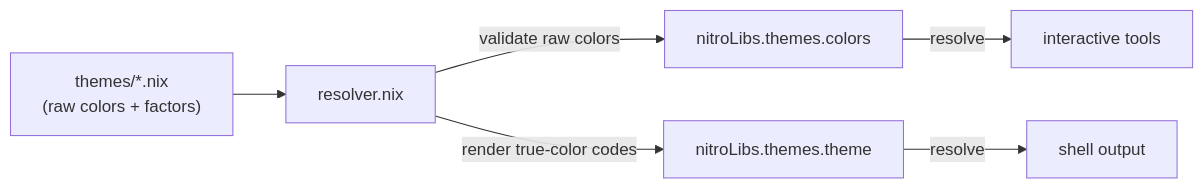
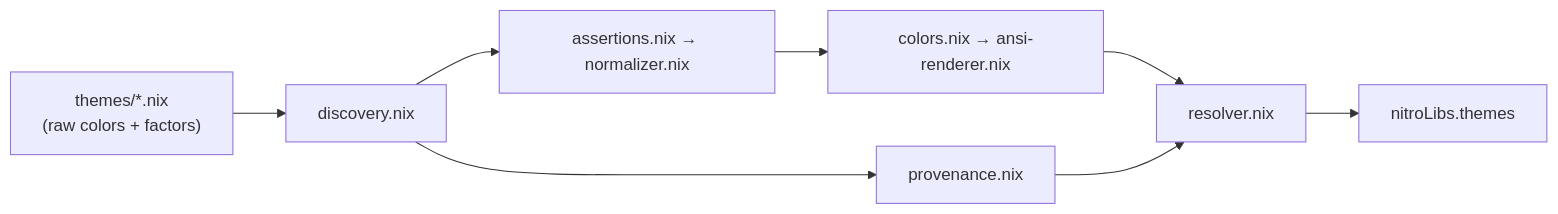
Before and after one commit to cig0/nix-batteries: the diagram in libraries/themes/README.md, drawn with Mermaid. The commit also changed other lines of this file and 10 other files, not shown here.

Commit message:
refactor: split theme resolver into atomic modules (#84)

````diff
--- a/libraries/themes/README.md
+++ b/libraries/themes/README.md
@@ -21,8 +24,10 @@
 ```mermaid
 graph LR
-    A["themes/*.nix<br/>(raw colors + factors)"] --> B["resolver.nix"]
-    B -->|"validate raw colors"| C["nitroLibs.themes.colors"]
-    B -->|"render true-color codes"| D["nitroLibs.themes.theme"]
-    C -->|resolve| E["interactive tools"]
-    D -->|resolve| F["shell output"]
+    A["themes/*.nix<br/>(raw colors + factors)"] --> B["discovery.nix"]
+    B --> C["assertions.nix → normalizer.nix"]
+    C --> D["colors.nix → ansi-renderer.nix"]
+    B --> E["provenance.nix"]
+    D --> F["resolver.nix"]
+    E --> F
+    F --> G["nitroLibs.themes"]
 ```
````
